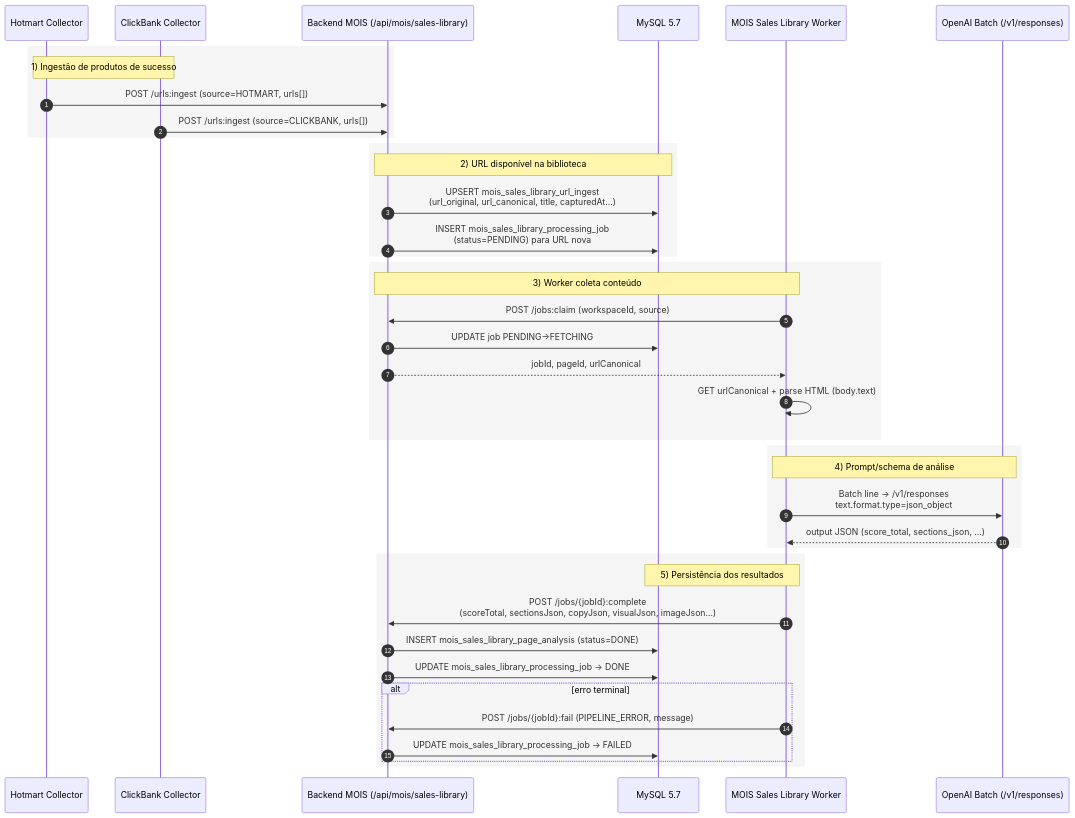
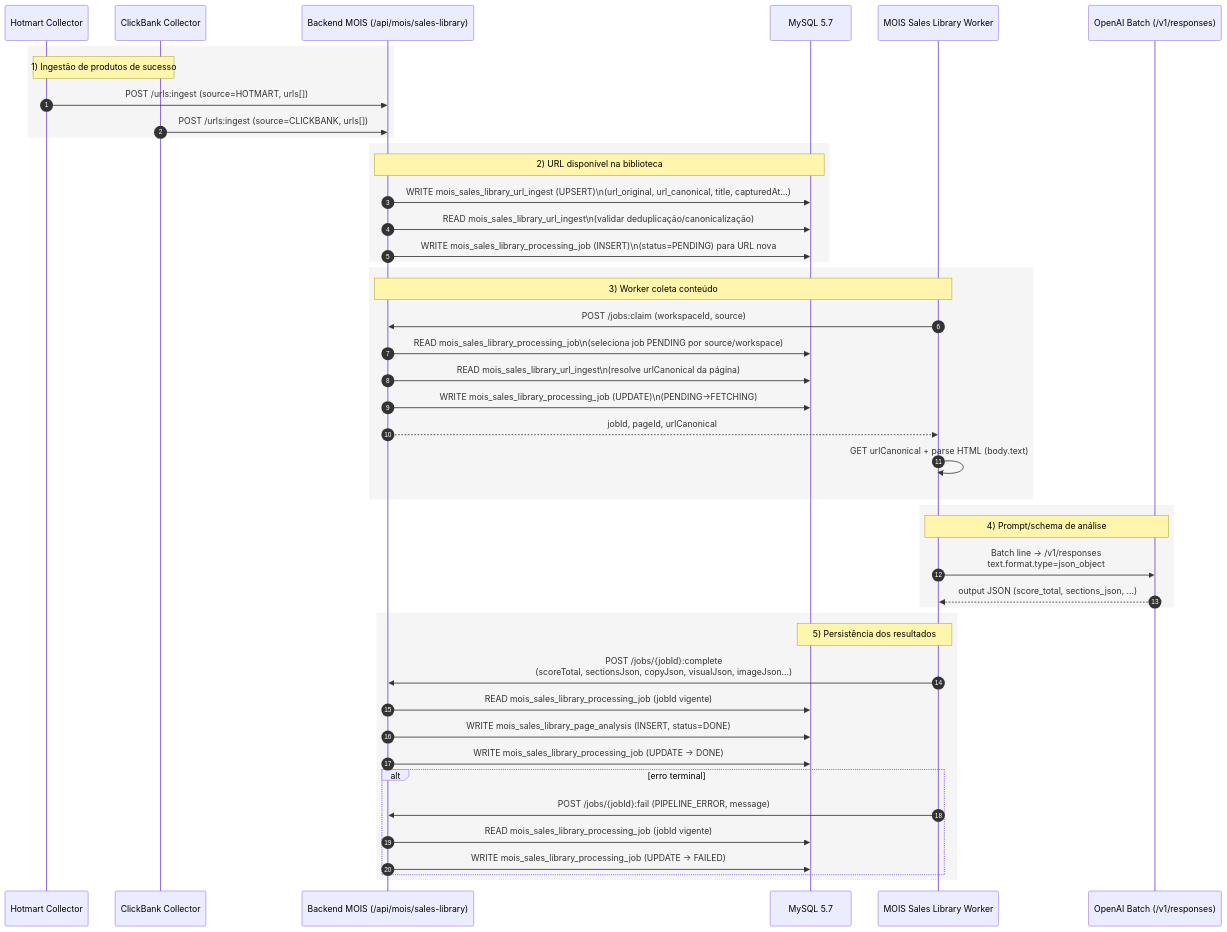
One commit to paulofor/marketing-hub changed the first of 3 diagrams in docs/canonical/mois-worker-canon.v1.md. Above: the diagram before and after it, drawn with Mermaid. The commit also changed other lines of this file and 1 other file, not shown here.

Commit message:
docs(mois): detalha tabelas lidas e gravadas no fluxo 12.2

````diff
--- a/docs/canonical/mois-worker-canon.v1.md
+++ b/docs/canonical/mois-worker-canon.v1.md
@@ -140,47 +140,52 @@
 ```mermaid
 sequenceDiagram
     autonumber
     participant HC as Hotmart Collector
     participant CC as ClickBank Collector
     participant API as Backend MOIS (/api/mois/sales-library)
     participant DB as MySQL 5.7
     participant WK as MOIS Sales Library Worker
     participant OAI as OpenAI Batch (/v1/responses)
 
     rect rgb(245,245,245)
     Note over HC,CC: 1) Ingestão de produtos de sucesso
     HC->>API: POST /urls:ingest (source=HOTMART, urls[])
     CC->>API: POST /urls:ingest (source=CLICKBANK, urls[])
     end
 
     rect rgb(245,245,245)
     Note over API,DB: 2) URL disponível na biblioteca
-    API->>DB: UPSERT mois_sales_library_url_ingest<br/>(url_original, url_canonical, title, capturedAt...)
-    API->>DB: INSERT mois_sales_library_processing_job<br/>(status=PENDING) para URL nova
+    API->>DB: WRITE mois_sales_library_url_ingest (UPSERT)\n(url_original, url_canonical, title, capturedAt...)
+    API->>DB: READ mois_sales_library_url_ingest\n(validar deduplicação/canonicalização)
+    API->>DB: WRITE mois_sales_library_processing_job (INSERT)\n(status=PENDING) para URL nova
     end
 
     rect rgb(245,245,245)
     Note over WK,API: 3) Worker coleta conteúdo
     WK->>API: POST /jobs:claim (workspaceId, source)
-    API->>DB: UPDATE job PENDING->FETCHING
+    API->>DB: READ mois_sales_library_processing_job\n(seleciona job PENDING por source/workspace)
+    API->>DB: READ mois_sales_library_url_ingest\n(resolve urlCanonical da página)
+    API->>DB: WRITE mois_sales_library_processing_job (UPDATE)\n(PENDING->FETCHING)
     API-->>WK: jobId, pageId, urlCanonical
     WK->>WK: GET urlCanonical + parse HTML (body.text)
     end
 
     rect rgb(245,245,245)
     Note over WK,OAI: 4) Prompt/schema de análise
     WK->>OAI: Batch line -> /v1/responses<br/>text.format.type=json_object
     OAI-->>WK: output JSON (score_total, sections_json, ...)
     end
 
     rect rgb(245,245,245)
     Note over WK,DB: 5) Persistência dos resultados
     WK->>API: POST /jobs/{jobId}:complete<br/>(scoreTotal, sectionsJson, copyJson, visualJson, imageJson...)
-    API->>DB: INSERT mois_sales_library_page_analysis (status=DONE)
-    API->>DB: UPDATE mois_sales_library_processing_job -> DONE
+    API->>DB: READ mois_sales_library_processing_job (jobId vigente)
+    API->>DB: WRITE mois_sales_library_page_analysis (INSERT, status=DONE)
+    API->>DB: WRITE mois_sales_library_processing_job (UPDATE -> DONE)
     alt erro terminal
       WK->>API: POST /jobs/{jobId}:fail (PIPELINE_ERROR, message)
-      API->>DB: UPDATE mois_sales_library_processing_job -> FAILED
+      API->>DB: READ mois_sales_library_processing_job (jobId vigente)
+      API->>DB: WRITE mois_sales_library_processing_job (UPDATE -> FAILED)
     end
     end
 ```
````
